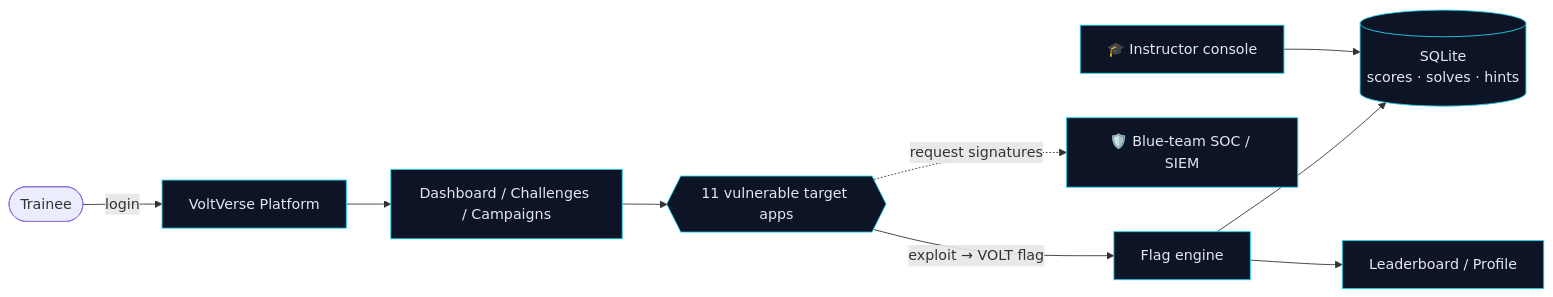
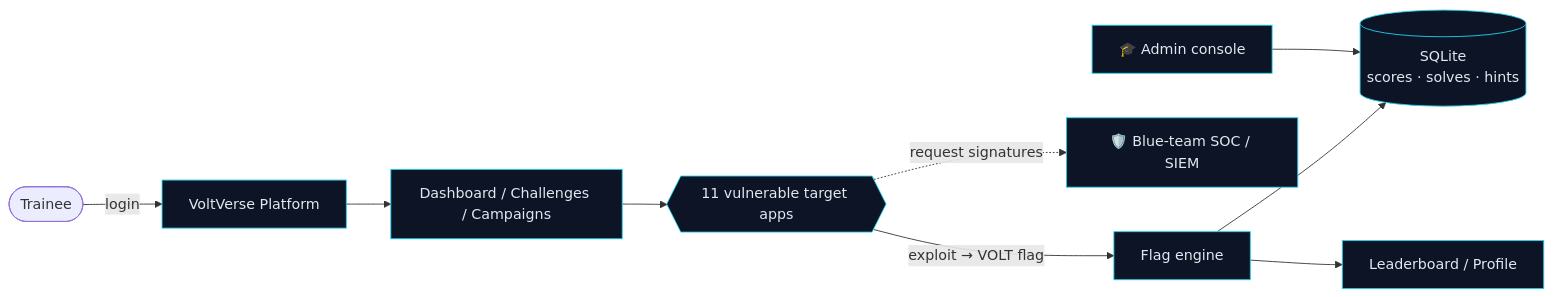
Before and after one commit to ghostbit11/voltverse-lab: the diagram in README.md, drawn with Mermaid. The commit also changed other lines of this file, not shown here.

Commit message:
README: align wording with the role model (super admin / admin console) and note streaks, daily challenge, org-scoped leaderboards, PDF certificates, CSV export

````diff
--- a/README.md
+++ b/README.md
@@ -73,13 +73,13 @@
 ```mermaid
 flowchart LR
     U([Trainee]) -->|login| P[VoltVerse Platform]
     P --> D[Dashboard / Challenges / Campaigns]
     D --> T{{11 vulnerable target apps}}
     T -->|exploit → VOLT flag| F[Flag engine]
     F --> S[(SQLite<br/>scores · solves · hints)]
     F --> L[Leaderboard / Profile]
     T -.request signatures.-> SOC[🛡️ Blue-team SOC / SIEM]
-    I[🎓 Instructor console] --> S
+    I[🎓 Admin console] --> S
     classDef c fill:#0d1426,stroke:#22d3ee,color:#e2e8f0;
     class P,D,T,F,S,L,SOC,I c;
 ```
````
